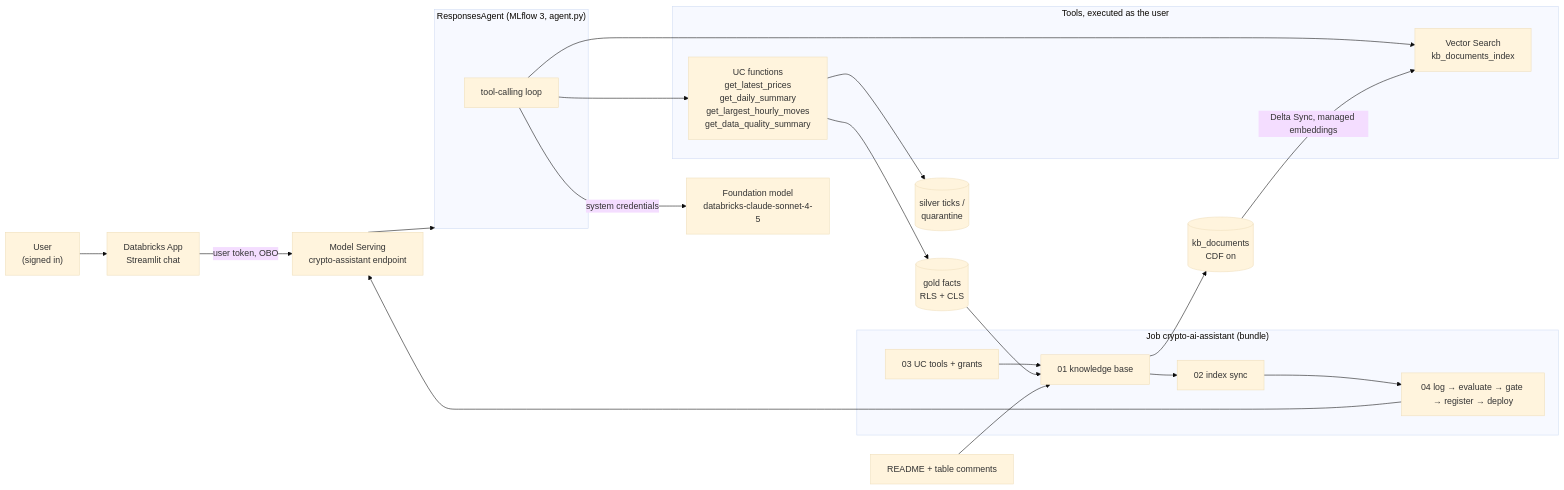
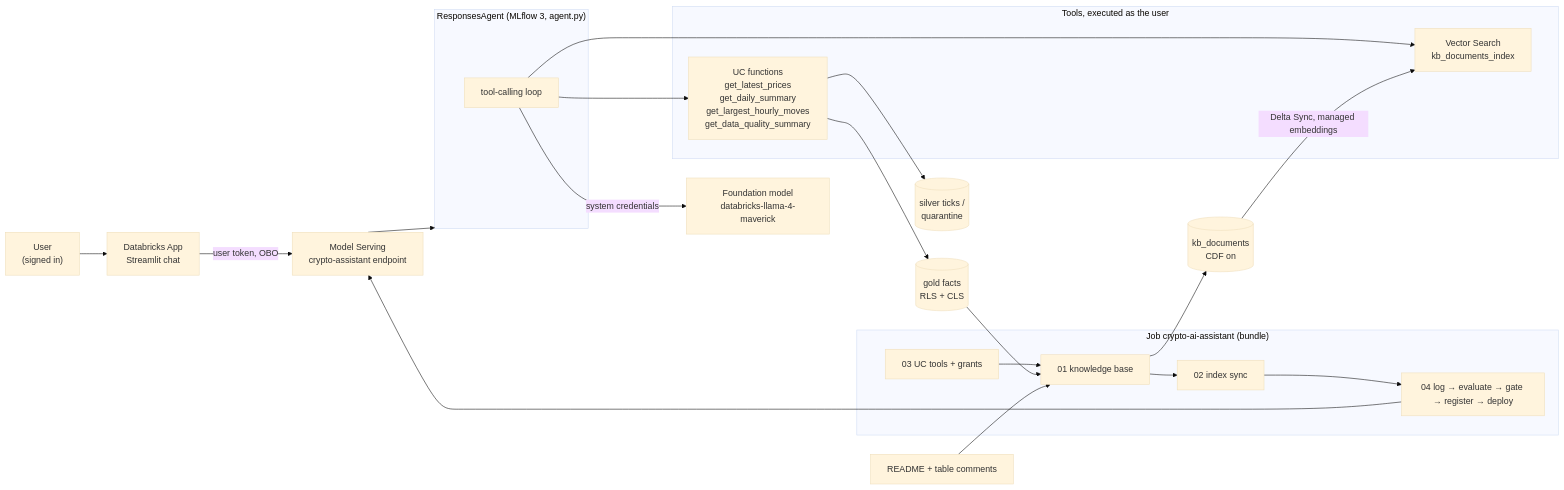
One commit to kkllppll/crypto-demo changed the diagram in ai_assistant/README.md. Above: the diagram before and after it, drawn with Mermaid (base theme). The commit also changed other lines of this file and 2 other files, not shown here.

````diff
--- a/ai_assistant/README.md
+++ b/ai_assistant/README.md
@@ -5,30 +5,30 @@
 ```mermaid
 flowchart LR
     U["User<br/>(signed in)"] --> APP["Databricks App<br/>Streamlit chat"]
     APP -->|user token, OBO| EP["Model Serving<br/>crypto-assistant endpoint"]
 
     subgraph AGENT["ResponsesAgent (MLflow 3, agent.py)"]
         LOOP["tool-calling loop"]
     end
     EP --> AGENT
-    LOOP -->|system credentials| LLM["Foundation model<br/>databricks-claude-sonnet-4-5"]
+    LOOP -->|system credentials| LLM["Foundation model<br/>databricks-llama-4-maverick"]
 
     subgraph TOOLS["Tools, executed as the user"]
         F1["UC functions<br/>get_latest_prices<br/>get_daily_summary<br/>get_largest_hourly_moves<br/>get_data_quality_summary"]
         VS["Vector Search<br/>kb_documents_index"]
     end
     LOOP --> F1
     LOOP --> VS
 
     F1 --> GOLD[("gold facts<br/>RLS + CLS")]
     F1 --> SILVER[("silver ticks /<br/>quarantine")]
 
     subgraph JOB["Job crypto-ai-assistant (bundle)"]
         J3["03 UC tools + grants"] --> J1["01 knowledge base"] --> J2["02 index sync"] --> J4["04 log → evaluate → gate → register → deploy"]
     end
     GOLD --> J1
     README["README + table comments"] --> J1
     J1 --> KB[("kb_documents<br/>CDF on")]
     KB -->|Delta Sync, managed embeddings| VS
     J4 --> EP
 ```
````
